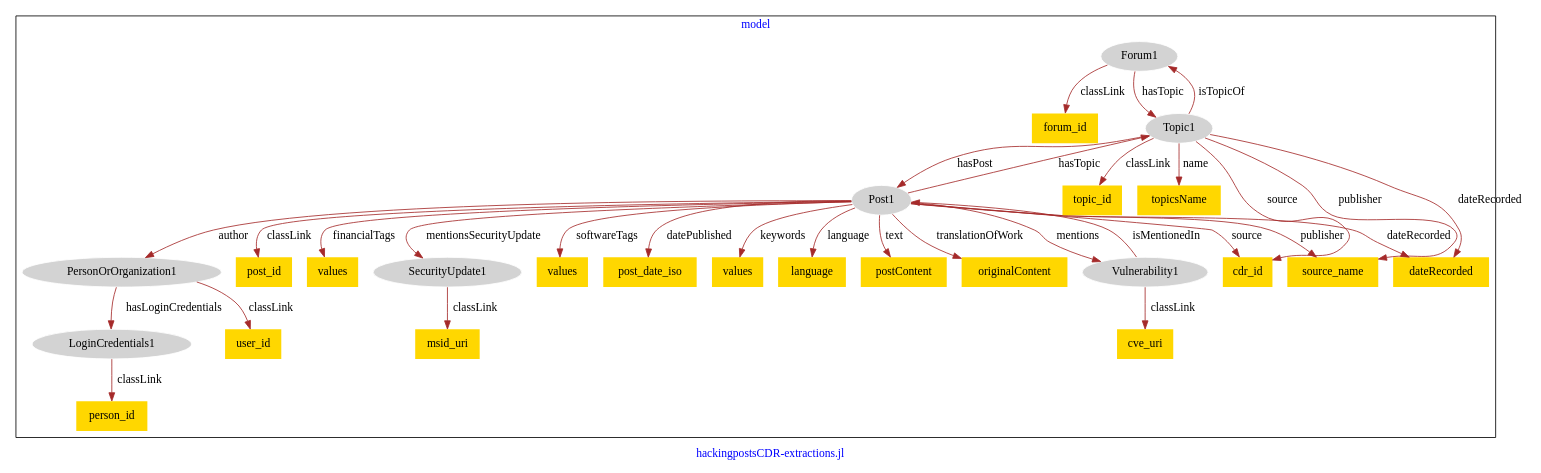
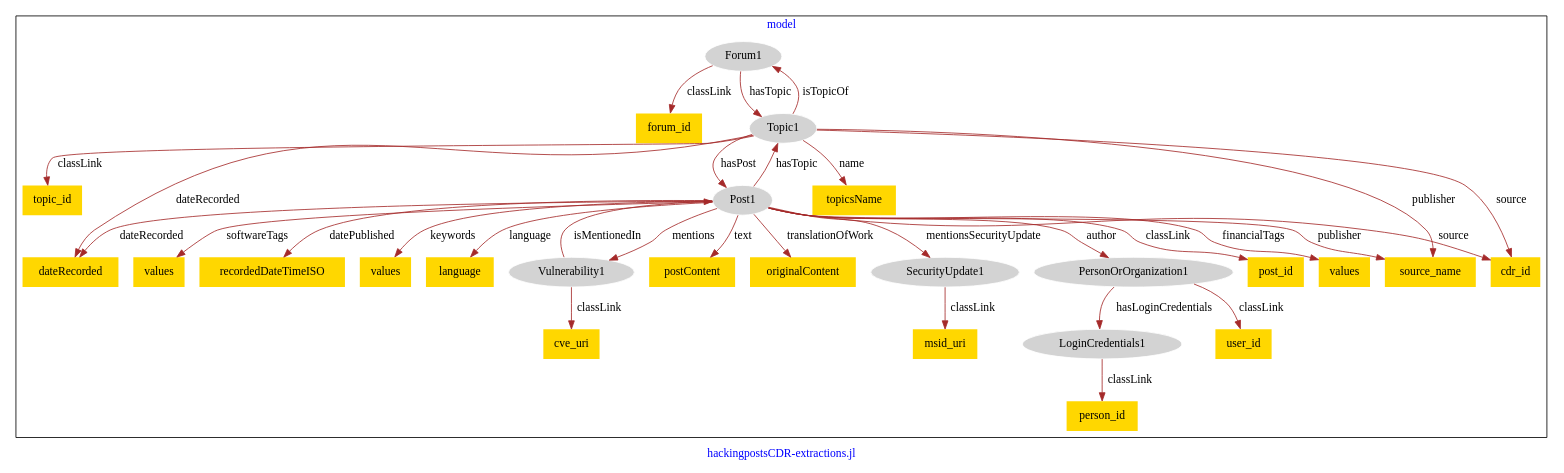
Before and after one commit to usc-isi-i2/effect-alignment: the diagram in models/asu-hacking-posts/hacking_posts-model.dot, drawn with Graphviz.

Commit message:
Update file hacking_posts-model.dot

```diff
--- a/models/asu-hacking-posts/hacking_posts-model.dot
+++ b/models/asu-hacking-posts/hacking_posts-model.dot
@@ -1,63 +1,63 @@
 digraph n0 {
 fontcolor="blue"
 remincross="true"
 label="hackingpostsCDR-extractions.jl"
 subgraph cluster {
 label="model"
 n2[style="filled",color="white",fillcolor="lightgray",label="Forum1"];
 n3[shape="plaintext",style="filled",fillcolor="gold",label="forum_id"];
-n4[style="filled",color="white",fillcolor="lightgray",label="LoginCredentials1"];
-n5[shape="plaintext",style="filled",fillcolor="gold",label="person_id"];
-n6[style="filled",color="white",fillcolor="lightgray",label="PersonOrOrganization1"];
-n7[shape="plaintext",style="filled",fillcolor="gold",label="user_id"];
-n8[style="filled",color="white",fillcolor="lightgray",label="Post1"];
-n9[shape="plaintext",style="filled",fillcolor="gold",label="post_id"];
-n10[shape="plaintext",style="filled",fillcolor="gold",label="values"];
-n11[style="filled",color="white",fillcolor="lightgray",label="SecurityUpdate1"];
+n4[style="filled",color="white",fillcolor="lightgray",label="Topic1"];
+n5[style="filled",color="white",fillcolor="lightgray",label="LoginCredentials1"];
+n6[shape="plaintext",style="filled",fillcolor="gold",label="person_id"];
+n7[style="filled",color="white",fillcolor="lightgray",label="PersonOrOrganization1"];
+n8[shape="plaintext",style="filled",fillcolor="gold",label="user_id"];
+n9[style="filled",color="white",fillcolor="lightgray",label="Post1"];
+n10[shape="plaintext",style="filled",fillcolor="gold",label="post_id"];
+n11[shape="plaintext",style="filled",fillcolor="gold",label="values"];
 n12[shape="plaintext",style="filled",fillcolor="gold",label="values"];
-n13[shape="plaintext",style="filled",fillcolor="gold",label="post_date_iso"];
+n13[shape="plaintext",style="filled",fillcolor="gold",label="recordedDateTimeISO"];
 n14[shape="plaintext",style="filled",fillcolor="gold",label="values"];
 n15[shape="plaintext",style="filled",fillcolor="gold",label="language"];
 n16[shape="plaintext",style="filled",fillcolor="gold",label="postContent"];
 n17[shape="plaintext",style="filled",fillcolor="gold",label="originalContent"];
-n18[shape="plaintext",style="filled",fillcolor="gold",label="msid_uri"];
-n19[style="filled",color="white",fillcolor="lightgray",label="Topic1"];
+n18[style="filled",color="white",fillcolor="lightgray",label="SecurityUpdate1"];
+n19[shape="plaintext",style="filled",fillcolor="gold",label="msid_uri"];
 n20[shape="plaintext",style="filled",fillcolor="gold",label="topic_id"];
-n21[shape="plaintext",style="filled",fillcolor="gold",label="topicsName"];
-n22[shape="plaintext",style="filled",fillcolor="gold",label="cdr_id"];
+n21[shape="plaintext",style="filled",fillcolor="gold",label="dateRecorded"];
+n22[shape="plaintext",style="filled",fillcolor="gold",label="topicsName"];
 n23[style="filled",color="white",fillcolor="lightgray",label="Vulnerability1"];
 n24[shape="plaintext",style="filled",fillcolor="gold",label="cve_uri"];
 n25[shape="plaintext",style="filled",fillcolor="gold",label="source_name"];
-n26[shape="plaintext",style="filled",fillcolor="gold",label="dateRecorded"];
+n26[shape="plaintext",style="filled",fillcolor="gold",label="cdr_id"];
 }
 n2 -> n3[color="brown",fontcolor="black",label="classLink"]
-n4 -> n5[color="brown",fontcolor="black",label="classLink"]
-n6 -> n7[color="brown",fontcolor="black",label="classLink"]
-n8 -> n9[color="brown",fontcolor="black",label="classLink"]
-n8 -> n10[color="brown",fontcolor="black",label="financialTags"]
-n8 -> n11[color="brown",fontcolor="black",label="mentionsSecurityUpdate"]
-n8 -> n12[color="brown",fontcolor="black",label="softwareTags"]
-n8 -> n13[color="brown",fontcolor="black",label="datePublished"]
-n8 -> n14[color="brown",fontcolor="black",label="keywords"]
-n8 -> n15[color="brown",fontcolor="black",label="language"]
-n8 -> n16[color="brown",fontcolor="black",label="text"]
-n8 -> n17[color="brown",fontcolor="black",label="translationOfWork"]
-n11 -> n18[color="brown",fontcolor="black",label="classLink"]
-n19 -> n20[color="brown",fontcolor="black",label="classLink"]
-n19 -> n21[color="brown",fontcolor="black",label="name"]
-n19 -> n22[color="brown",fontcolor="black",label="source"]
+n2 -> n4[color="brown",fontcolor="black",label="hasTopic"]
+n5 -> n6[color="brown",fontcolor="black",label="classLink"]
+n7 -> n8[color="brown",fontcolor="black",label="classLink"]
+n7 -> n5[color="brown",fontcolor="black",label="hasLoginCredentials"]
+n9 -> n10[color="brown",fontcolor="black",label="classLink"]
+n9 -> n11[color="brown",fontcolor="black",label="financialTags"]
+n9 -> n12[color="brown",fontcolor="black",label="softwareTags"]
+n9 -> n7[color="brown",fontcolor="black",label="author"]
+n9 -> n13[color="brown",fontcolor="black",label="datePublished"]
+n9 -> n14[color="brown",fontcolor="black",label="keywords"]
+n9 -> n15[color="brown",fontcolor="black",label="language"]
+n9 -> n16[color="brown",fontcolor="black",label="text"]
+n9 -> n17[color="brown",fontcolor="black",label="translationOfWork"]
+n18 -> n19[color="brown",fontcolor="black",label="classLink"]
+n4 -> n20[color="brown",fontcolor="black",label="classLink"]
+n4 -> n21[color="brown",fontcolor="black",label="dateRecorded"]
+n4 -> n22[color="brown",fontcolor="black",label="name"]
 n23 -> n24[color="brown",fontcolor="black",label="classLink"]
-n8 -> n19[color="brown",fontcolor="black",label="hasTopic"]
-n6 -> n4[color="brown",fontcolor="black",label="hasLoginCredentials"]
-n8 -> n25[color="brown",fontcolor="black",label="publisher"]
-n8 -> n6[color="brown",fontcolor="black",label="author"]
-n8 -> n26[color="brown",fontcolor="black",label="dateRecorded"]
-n19 -> n8[color="brown",fontcolor="black",label="hasPost"]
-n23 -> n8[color="brown",fontcolor="black",label="isMentionedIn"]
-n19 -> n2[color="brown",fontcolor="black",label="isTopicOf"]
-n19 -> n25[color="brown",fontcolor="black",label="publisher"]
-n2 -> n19[color="brown",fontcolor="black",label="hasTopic"]
-n8 -> n23[color="brown",fontcolor="black",label="mentions"]
-n19 -> n26[color="brown",fontcolor="black",label="dateRecorded"]
-n8 -> n22[color="brown",fontcolor="black",label="source"]
+n9 -> n4[color="brown",fontcolor="black",label="hasTopic"]
+n9 -> n25[color="brown",fontcolor="black",label="publisher"]
+n9 -> n18[color="brown",fontcolor="black",label="mentionsSecurityUpdate"]
+n4 -> n25[color="brown",fontcolor="black",label="publisher"]
+n4 -> n9[color="brown",fontcolor="black",label="hasPost"]
+n23 -> n9[color="brown",fontcolor="black",label="isMentionedIn"]
+n9 -> n21[color="brown",fontcolor="black",label="dateRecorded"]
+n4 -> n2[color="brown",fontcolor="black",label="isTopicOf"]
+n9 -> n26[color="brown",fontcolor="black",label="source"]
+n9 -> n23[color="brown",fontcolor="black",label="mentions"]
+n4 -> n26[color="brown",fontcolor="black",label="source"]
 }
```
